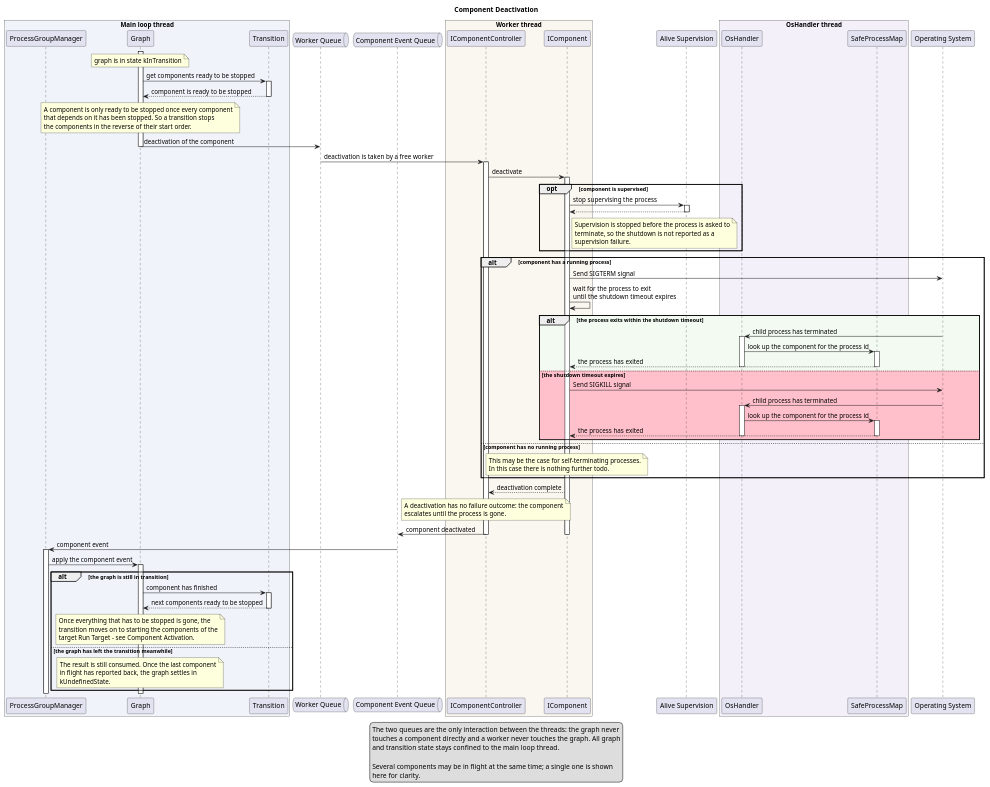
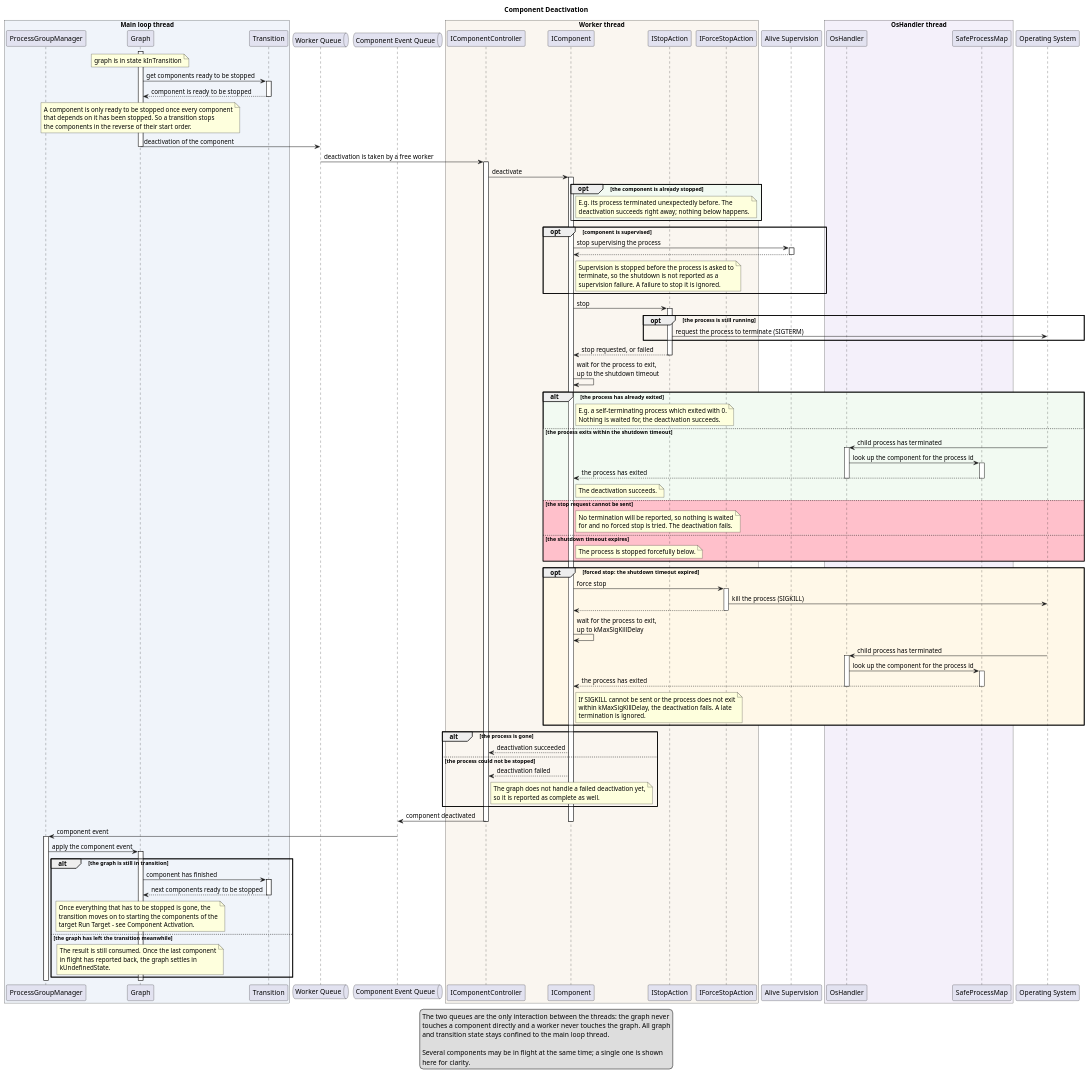
Before and after one commit to eclipse-score/lifecycle: the diagram in score/launch_manager/docs/detailed_design/_assets/component_deactivation.puml, drawn with PlantUML. The commit also changed 63 other files, not shown here.

First line of the commit message:
Refactor Process Group Manager and Component abstraction, furthermore introduce SequenceReadyCondition (#1053)

```diff
--- a/score/launch_manager/docs/detailed_design/_assets/component_deactivation.puml
+++ b/score/launch_manager/docs/detailed_design/_assets/component_deactivation.puml
@@ -14,127 +14,164 @@
 @startuml component_deactivation
 
 title Component Deactivation
 
 box "Main loop thread" #F0F4FA
 participant "ProcessGroupManager" as PGM
 participant "Graph" as Graph
 participant "Transition" as Transition
 end box
 
 queue "Worker Queue" as WorkerQueue
 queue "Component Event Queue" as EventQueue
 
 box "Worker thread" #FAF6F0
 participant "IComponentController" as Monitor
 participant "IComponent" as Component
+participant "IStopAction" as StopAction
+participant "IForceStopAction" as ForceStopAction
 end box
 
 participant "Alive Supervision" as Supervision
 
 box "OsHandler thread" #F4F0FA
 participant "OsHandler" as OsHandler
 participant "SafeProcessMap" as Map
 end box
 
 participant "Operating System" as OS
 
 note over Graph: graph is in state kInTransition
 
 ' --- dispatch ----------------------------------------------------------------
 activate Graph
 Graph -> Transition ++: get components ready to be stopped
 Transition --> Graph --: component is ready to be stopped
 note over Graph
   A component is only ready to be stopped once every component
   that depends on it has been stopped. So a transition stops
   the components in the reverse of their start order.
 end note
 Graph -> WorkerQueue: deactivation of the component
 deactivate Graph
 
 ' --- execution ---------------------------------------------------------------
 WorkerQueue -> Monitor ++: deactivation is taken by a free worker
 Monitor -> Component ++: deactivate
 
+opt #F2FAF2 the component is already stopped
+    note right of Component
+      E.g. its process terminated unexpectedly before. The
+      deactivation succeeds right away; nothing below happens.
+    end note
+end
+
 opt component is supervised
     Component -> Supervision ++: stop supervising the process
     Supervision --> Component --:
     note right of Component
       Supervision is stopped before the process is asked to
       terminate, so the shutdown is not reported as a
-      supervision failure.
+      supervision failure. A failure to stop it is ignored.
     end note
 end
 
-alt component has a running process
+Component -> StopAction ++: stop
+opt the process is still running
+    StopAction -> OS: request the process to terminate (SIGTERM)
+end
+StopAction --> Component --: stop requested, or failed
+Component -> Component: wait for the process to exit,\nup to the shutdown timeout
 
-  Component -> OS: Send SIGTERM signal
-  Component -> Component: wait for the process to exit\nuntil the shutdown timeout expires
+alt #F2FAF2 the process has already exited
+    note right of Component
+      E.g. a self-terminating process which exited with 0.
+      Nothing is waited for, the deactivation succeeds.
+    end note
 
-  alt #F2FAF2 the process exits within the shutdown timeout
-      OS -> OsHandler ++: child process has terminated
-      OsHandler -> Map ++: look up the component for the process id
-      Map --> Component: the process has exited
-      deactivate Map
-      deactivate OsHandler
+else #F2FAF2 the process exits within the shutdown timeout
+    OS -> OsHandler ++: child process has terminated
+    OsHandler -> Map ++: look up the component for the process id
+    Map --> Component: the process has exited
+    deactivate Map
+    deactivate OsHandler
+    note right of Component
+      The deactivation succeeds.
+    end note
 
-  else #Pink the shutdown timeout expires
-      Component -> OS: Send SIGKILL signal
-      OS -> OsHandler ++: child process has terminated
-      OsHandler -> Map ++: look up the component for the process id
-      Map --> Component: the process has exited
-      deactivate Map
-      deactivate OsHandler
-  end
+else #Pink the stop request cannot be sent
+    note right of Component
+      No termination will be reported, so nothing is waited
+      for and no forced stop is tried. The deactivation fails.
+    end note
 
-else component has no running process
-  note over Component
-  This may be the case for self-terminating processes.
-  In this case there is nothing further todo.
-  end note
-end alt
+else #Pink the shutdown timeout expires
+    note right of Component
+      The process is stopped forcefully below.
+    end note
+end
+
+opt #FFF8E8 forced stop: the shutdown timeout expired
+    Component -> ForceStopAction ++: force stop
+    ForceStopAction -> OS: kill the process (SIGKILL)
+    ForceStopAction --> Component --:
+    Component -> Component: wait for the process to exit,\nup to kMaxSigKillDelay
+    OS -> OsHandler ++: child process has terminated
+    OsHandler -> Map ++: look up the component for the process id
+    Map --> Component: the process has exited
+    deactivate Map
+    deactivate OsHandler
+    note right of Component
+      If SIGKILL cannot be sent or the process does not exit
+      within kMaxSigKillDelay, the deactivation fails. A late
+      termination is ignored.
+    end note
+end
 
 ' --- result ------------------------------------------------------------------
-Component --> Monitor: deactivation complete
-note over Monitor
-  A deactivation has no failure outcome: the component
-  escalates until the process is gone.
-end note
+alt the process is gone
+    Component --> Monitor: deactivation succeeded
+else the process could not be stopped
+    Component --> Monitor: deactivation failed
+    note right of Monitor
+      The graph does not handle a failed deactivation yet,
+      so it is reported as complete as well.
+    end note
+end
 Monitor -> EventQueue: component deactivated
 deactivate Component
 deactivate Monitor
 
 ' --- completion --------------------------------------------------------------
 EventQueue -> PGM ++: component event
 PGM -> Graph ++: apply the component event
 
 alt the graph is still in transition
     Graph -> Transition ++: component has finished
     Transition --> Graph --: next components ready to be stopped
     note over Graph
       Once everything that has to be stopped is gone, the
       transition moves on to starting the components of the
       target Run Target - see Component Activation.
     end note
 
 else the graph has left the transition meanwhile
     note over Graph
       The result is still consumed. Once the last component
       in flight has reported back, the graph settles in
       kUndefinedState.
     end note
 end
 
 deactivate Graph
 deactivate PGM
 
 legend bottom
   The two queues are the only interaction between the threads: the graph never
   touches a component directly and a worker never touches the graph. All graph
   and transition state stays confined to the main loop thread.
 
   Several components may be in flight at the same time; a single one is shown
   here for clarity.
 end legend
 
 @enduml
```
